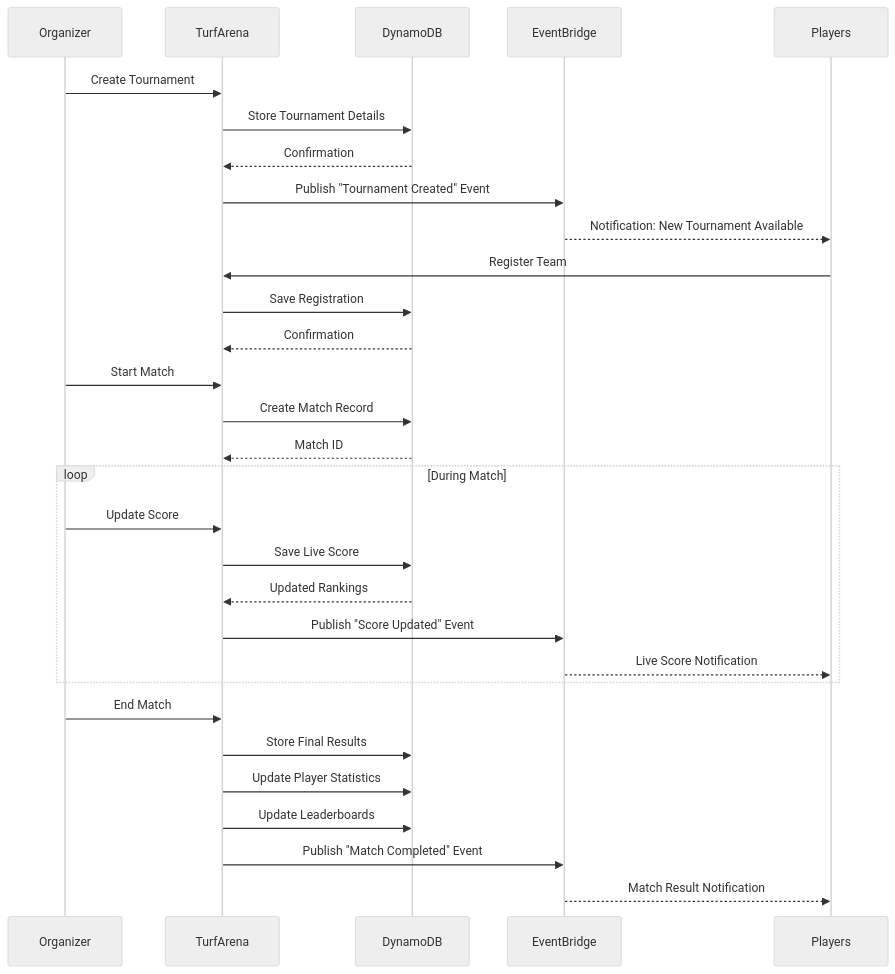
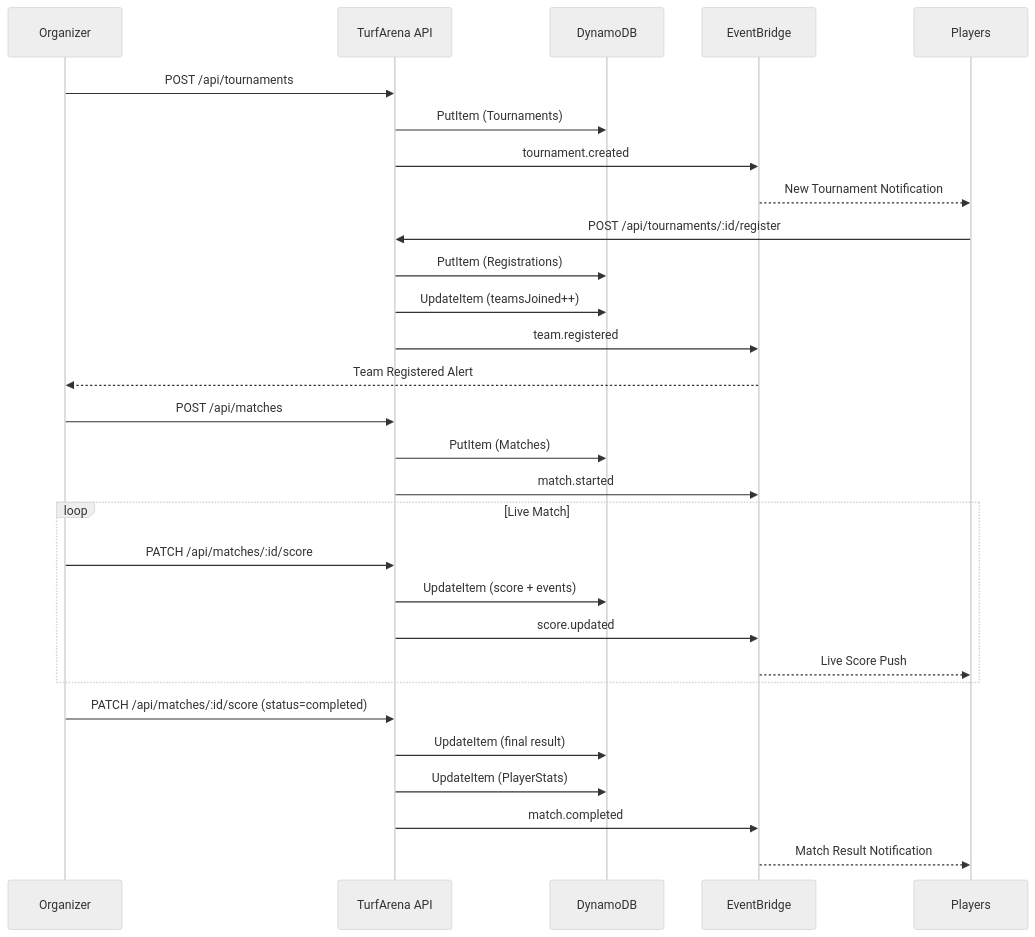
The second of 5 diagrams in README.md (dineshrajdhanapathyDD/TurfArena), drawn with Mermaid (neutral theme) before and after one commit. The commit also changed other lines of this file and 68 other files, not shown here.

````diff
--- a/README.md
+++ b/README.md
@@ -358,38 +106,36 @@
 ```mermaid
 sequenceDiagram
     participant O as Organizer
-    participant T as TurfArena
+    participant App as TurfArena API
     participant DB as DynamoDB
     participant EB as EventBridge
     participant P as Players
 
-    O->>T: Create Tournament
-    T->>DB: Store Tournament Details
-    DB-->>T: Confirmation
+    O->>App: POST /api/tournaments
+    App->>DB: PutItem (Tournaments)
+    App->>EB: tournament.created
+    EB-->>P: New Tournament Notification
 
-    T->>EB: Publish "Tournament Created" Event
-    EB-->>P: Notification: New Tournament Available
+    P->>App: POST /api/tournaments/:id/register
+    App->>DB: PutItem (Registrations)
+    App->>DB: UpdateItem (teamsJoined++)
+    App->>EB: team.registered
+    EB-->>O: Team Registered Alert
 
-    P->>T: Register Team
-    T->>DB: Save Registration
-    DB-->>T: Confirmation
+    O->>App: POST /api/matches
+    App->>DB: PutItem (Matches)
+    App->>EB: match.started
 
-    O->>T: Start Match
-    T->>DB: Create Match Record
-    DB-->>T: Match ID
-
-    loop During Match
-        O->>T: Update Score
-        T->>DB: Save Live Score
-        DB-->>T: Updated Rankings
-        T->>EB: Publish "Score Updated" Event
-        EB-->>P: Live Score Notification
+    loop Live Match
+        O->>App: PATCH /api/matches/:id/score
+        App->>DB: UpdateItem (score + events)
+        App->>EB: score.updated
+        EB-->>P: Live Score Push
     end
 
-    O->>T: End Match
-    T->>DB: Store Final Results
-    T->>DB: Update Player Statistics
-    T->>DB: Update Leaderboards
-    T->>EB: Publish "Match Completed" Event
+    O->>App: PATCH /api/matches/:id/score (status=completed)
+    App->>DB: UpdateItem (final result)
+    App->>DB: UpdateItem (PlayerStats)
+    App->>EB: match.completed
     EB-->>P: Match Result Notification
 ```
````
